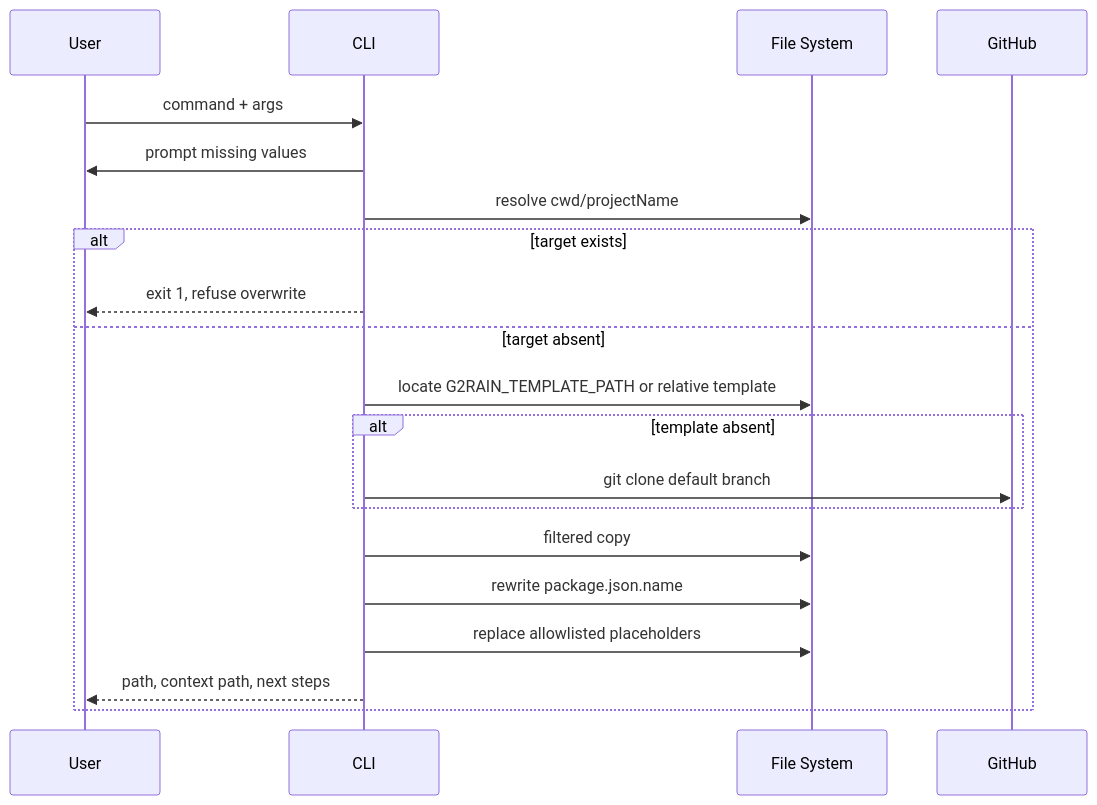
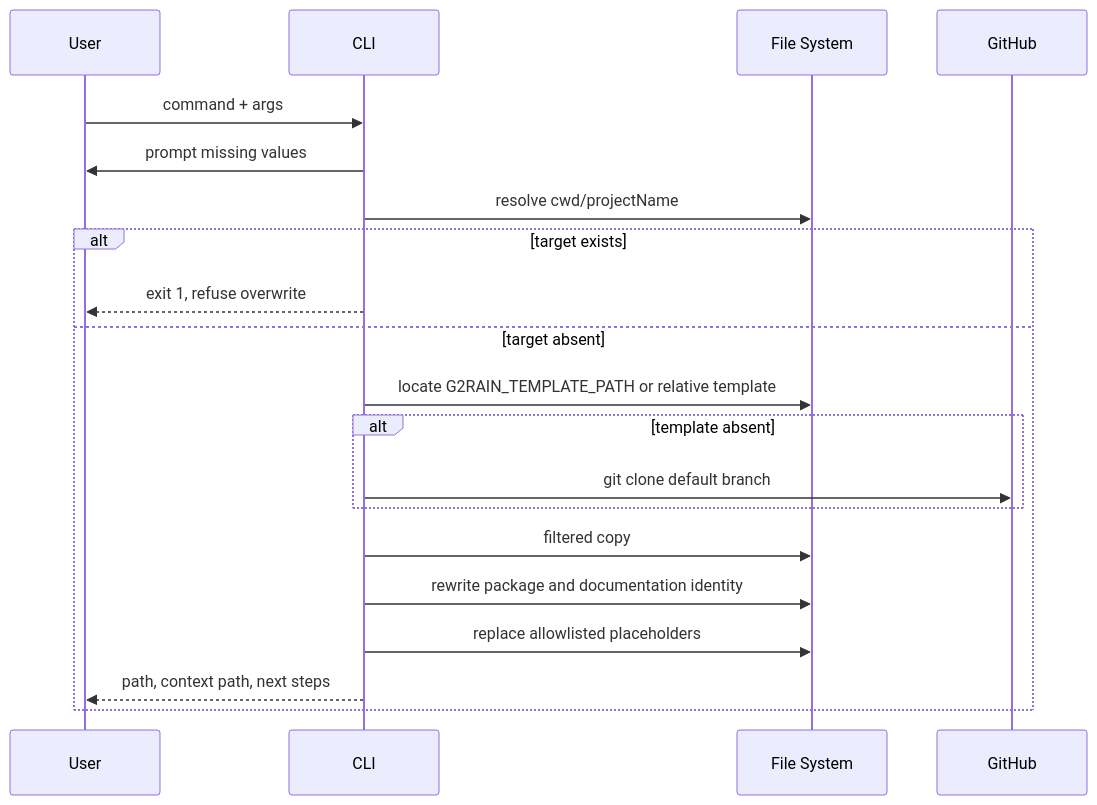
The diagram in docs/architecture/runtime-flow.md (g2rain/g2rain-app-cli), drawn with Mermaid before and after one commit. The commit also changed other lines of this file and 8 other files, not shown here.

````diff
--- a/docs/architecture/runtime-flow.md
+++ b/docs/architecture/runtime-flow.md
@@ -16,23 +16,23 @@
 ```mermaid
 sequenceDiagram
   participant User
   participant CLI
   participant FS as File System
   participant GitHub
 
   User->>CLI: command + args
   CLI->>User: prompt missing values
   CLI->>FS: resolve cwd/projectName
   alt target exists
     CLI-->>User: exit 1, refuse overwrite
   else target absent
     CLI->>FS: locate G2RAIN_TEMPLATE_PATH or relative template
     alt template absent
       CLI->>GitHub: git clone default branch
     end
     CLI->>FS: filtered copy
-    CLI->>FS: rewrite package.json.name
+    CLI->>FS: rewrite package and documentation identity
     CLI->>FS: replace allowlisted placeholders
     CLI-->>User: path, context path, next steps
   end
 ```
````
